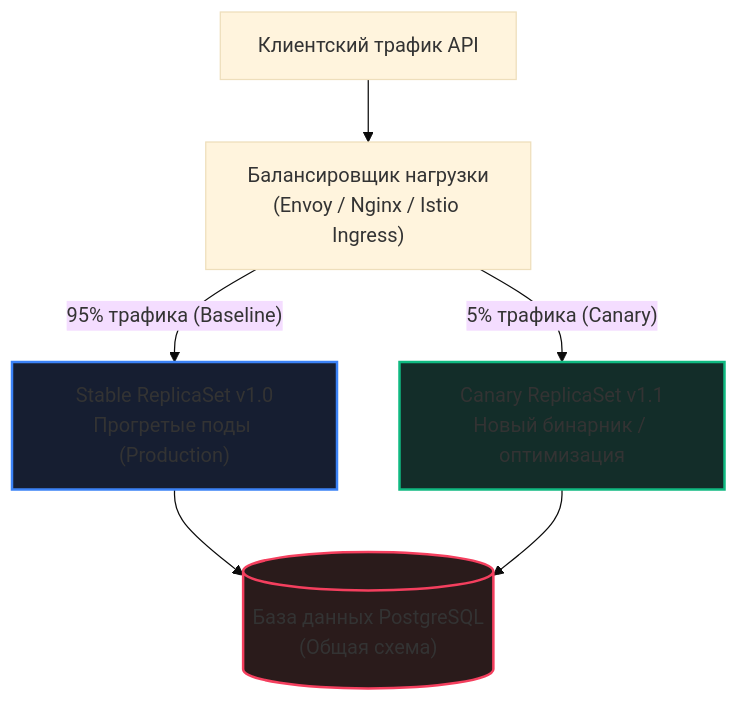
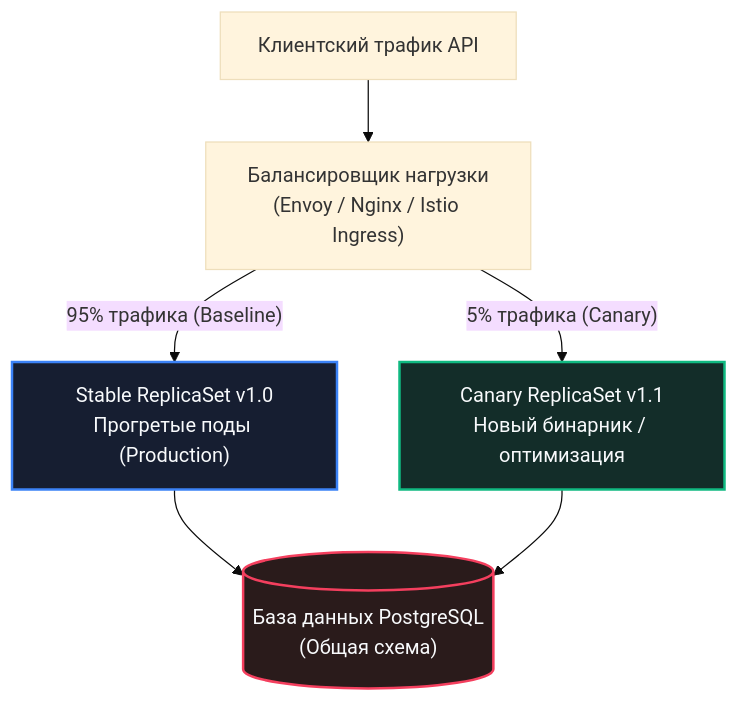
Before and after one commit to UnrealTemplier/go-textbook: the first of 2 diagrams in sources/16. Профилирование, отладка и производительность/10. Highload/4. Canary releases.md, drawn with Mermaid (base theme). The commit also changed 310 other files, not shown here.

First line of the commit message:
fix(mermaid): replace light fill colors with dark palette for readability on dark theme

````diff
--- a/sources/16. Профилирование, отладка и производительность/10. Highload/4. Canary releases.md
+++ b/sources/16. Профилирование, отладка и производительность/10. Highload/4. Canary releases.md
@@ -47,14 +47,14 @@
 ```mermaid
 flowchart TD
     Client["Клиентский трафик API"] --> LB["Балансировщик нагрузки<br>(Envoy / Nginx / Istio Ingress)"]
     
     LB -->|"95% трафика (Baseline)"| StableGroup["Stable ReplicaSet v1.0<br>Прогретые поды (Production)"]
     LB -->|"5% трафика (Canary)"| CanaryGroup["Canary ReplicaSet v1.1<br>Новый бинарник / оптимизация"]
     
     StableGroup --> DB[("База данных PostgreSQL<br>(Общая схема)")]
     CanaryGroup --> DB
     
-    style CanaryGroup fill:#132d29,stroke:#10b981,stroke-width:2px
-    style StableGroup fill:#161e31,stroke:#3b82f6,stroke-width:2px
-    style DB fill:#2a1b1b,stroke:#f43f5e,stroke-width:2px
+    style CanaryGroup fill:#132d29,stroke:#10b981,stroke-width:2px,color:#f8fafc
+    style StableGroup fill:#161e31,stroke:#3b82f6,stroke-width:2px,color:#f8fafc
+    style DB fill:#2a1b1b,stroke:#f43f5e,stroke-width:2px,color:#f8fafc
 ```
````
